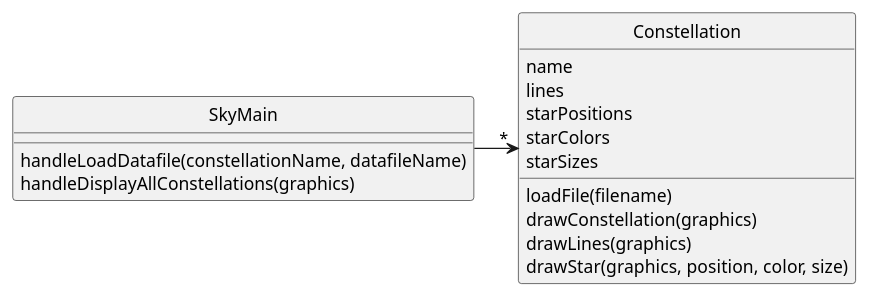
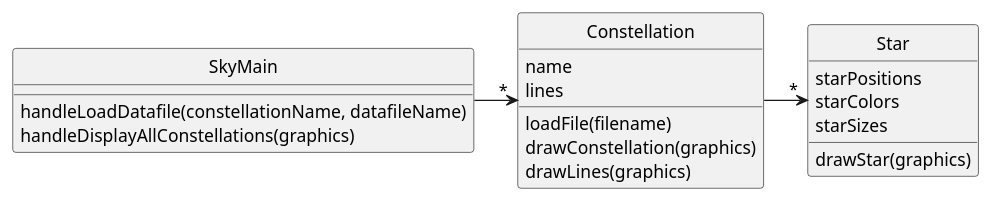
One commit to rhit-mowerylr/csse220 changed the diagram in ClassMaterials/Encapsulation/SourceCode/PracticeConsoleInputAndEncapsulation/puml/ConstellationBad.puml. Above: the diagram before and after it, drawn with PlantUML. The commit also changed 73 other files, not shown here.

```diff
--- a/ClassMaterials/Encapsulation/SourceCode/PracticeConsoleInputAndEncapsulation/puml/ConstellationBad.puml
+++ b/ClassMaterials/Encapsulation/SourceCode/PracticeConsoleInputAndEncapsulation/puml/ConstellationBad.puml
@@ -1,22 +1,26 @@
 @startuml
 skinparam style strictuml
 
 class SkyMain {
   handleLoadDatafile(constellationName, datafileName)
   handleDisplayAllConstellations(graphics)
 }
 
 class Constellation {
   name
   lines
+  loadFile(filename)
+  drawConstellation(graphics)
+  drawLines(graphics)
+}
+
+class Star {
   starPositions
   starColors
   starSizes
-  loadFile(filename)
-  drawConstellation(graphics)
-  drawLines(graphics)
-  drawStar(graphics, position, color, size)
+  drawStar(graphics)
 }
 
 SkyMain ->"*" Constellation
+Constellation ->"*" Star
 @enduml
```
